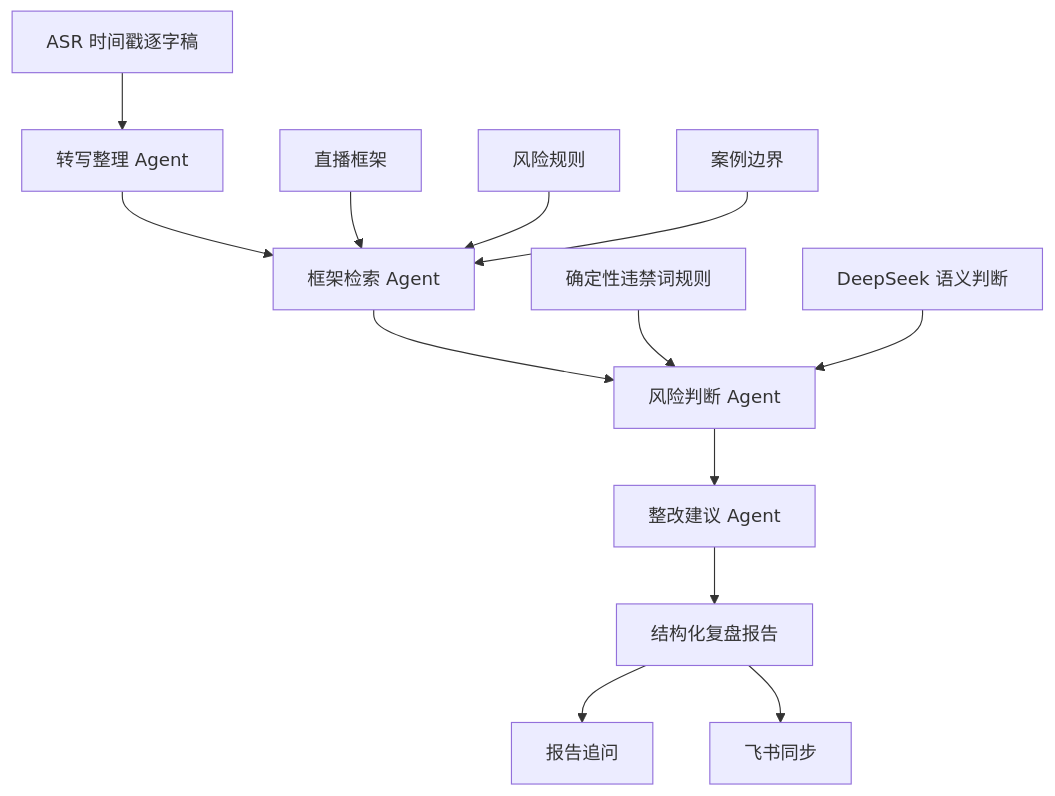
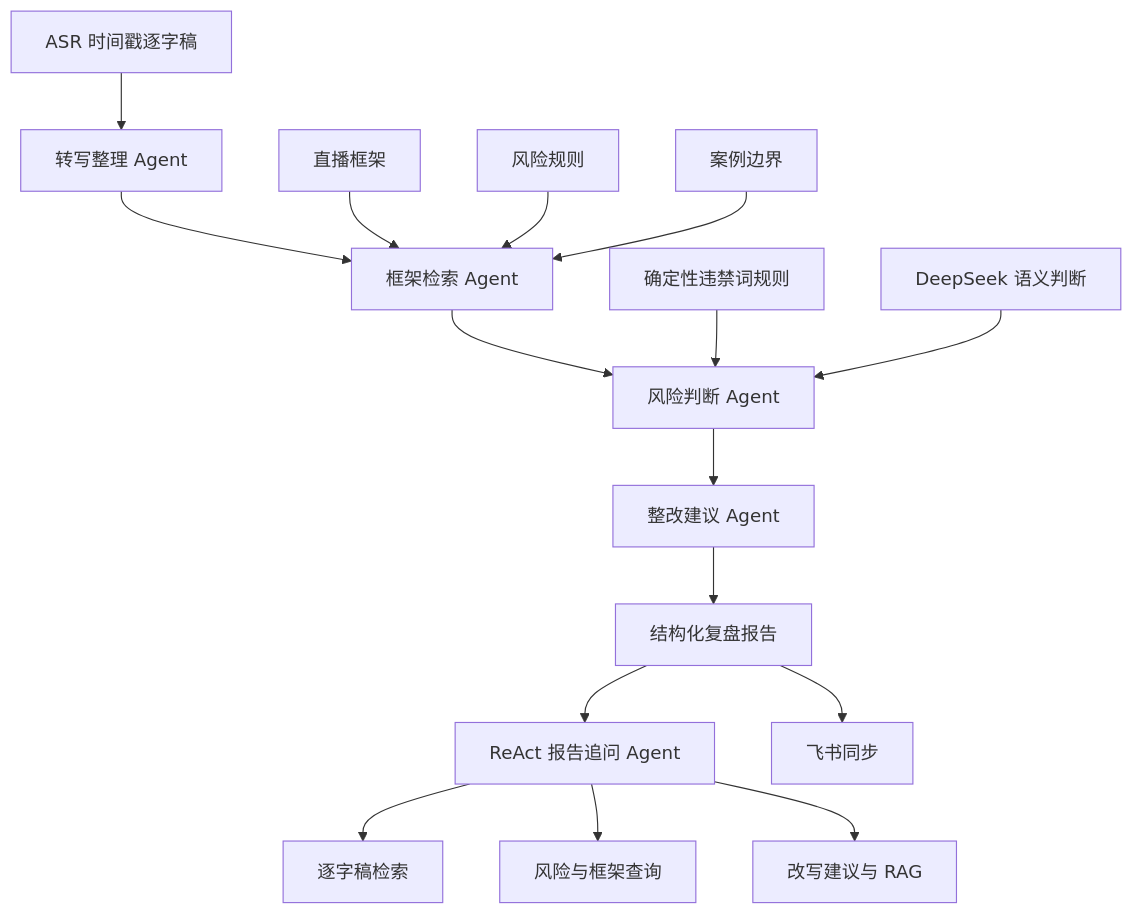
The second of 3 diagrams in README.md (1killermouse/ai-livestream-review), drawn with Mermaid before and after one commit. The commit also changed other lines of this file and 24 other files, not shown here.

Commit message:
feat: polish product and add ReAct report agent

````diff
--- a/README.md
+++ b/README.md
@@ -175,15 +175,18 @@
 ```mermaid
 flowchart TD
   A[ASR 时间戳逐字稿] --> B[转写整理 Agent]
   B --> C[框架检索 Agent]
   K1[直播框架] --> C
   K2[风险规则] --> C
   K3[案例边界] --> C
   C --> D[风险判断 Agent]
   R[确定性违禁词规则] --> D
   L[DeepSeek 语义判断] --> D
   D --> E[整改建议 Agent]
   E --> F[结构化复盘报告]
-  F --> G[报告追问]
+  F --> G[ReAct 报告追问 Agent]
+  G --> T1[逐字稿检索]
+  G --> T2[风险与框架查询]
+  G --> T3[改写建议与 RAG]
   F --> H[飞书同步]
 ```
````
